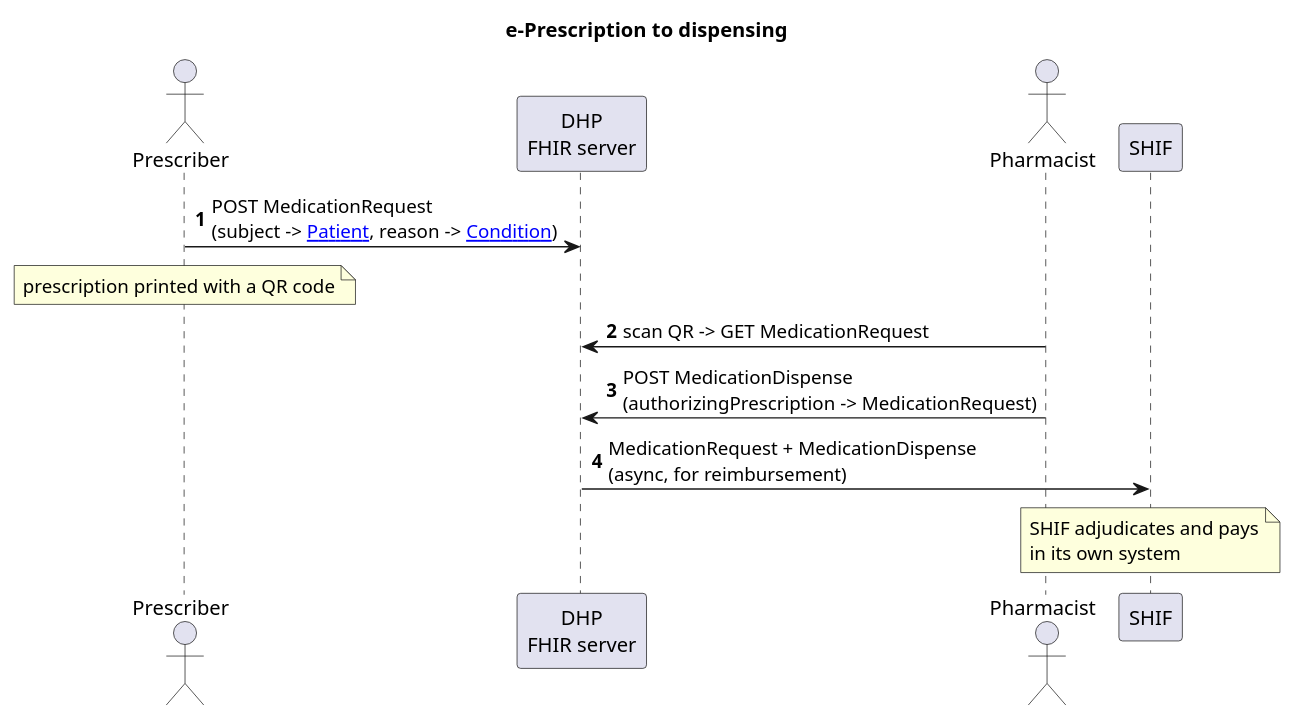
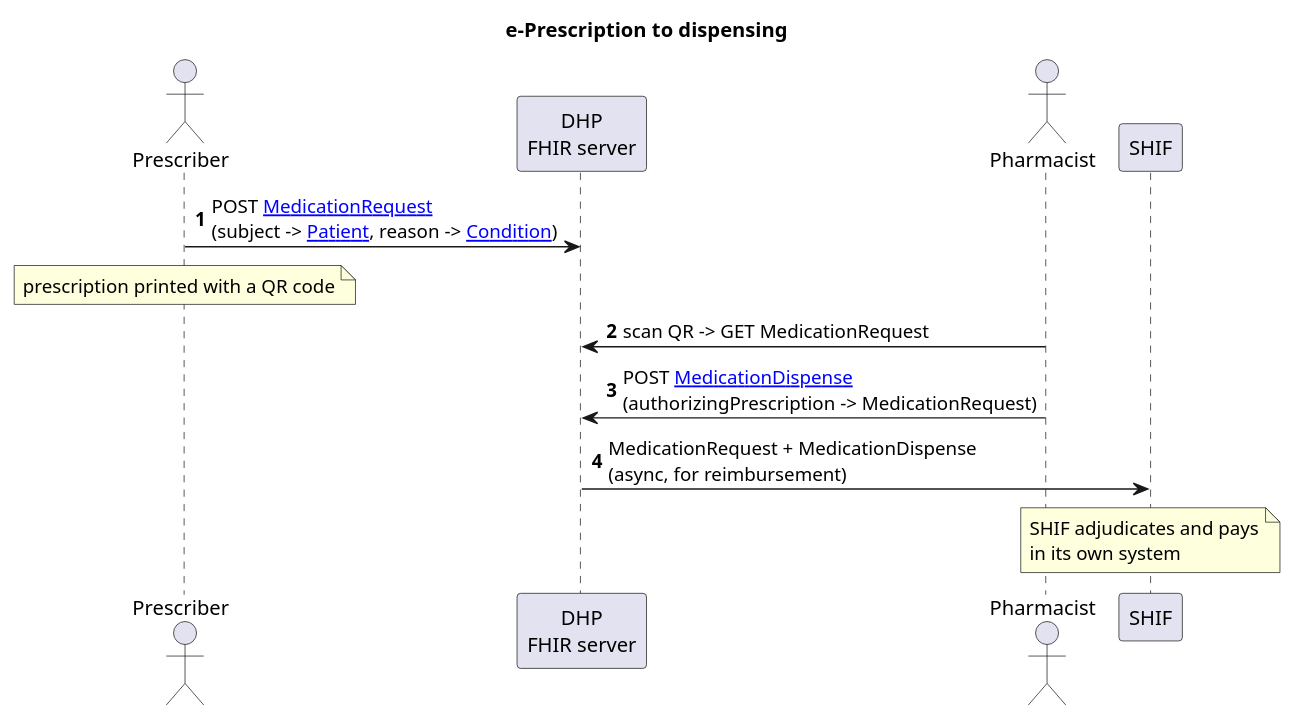
One commit to uzinfocom-org/digital-health-ig changed the diagram in input/images-source/prescription-sequence.plantuml. Above: the diagram before and after it, drawn with PlantUML. The commit also changed 8 other files, not shown here.

Commit message:
Link every resource's first mention in flow diagrams (#434)

```diff
--- a/input/images-source/prescription-sequence.plantuml
+++ b/input/images-source/prescription-sequence.plantuml
@@ -1,18 +1,18 @@
 @startuml prescription-sequence
 title e-Prescription to dispensing
 autonumber
 
 actor "Prescriber" as Doc
 participant "DHP\nFHIR server" as DHP
 actor "Pharmacist" as Pharm
 participant "SHIF" as SHIF
 
-Doc -> DHP : POST MedicationRequest\n(subject -> [[StructureDefinition-uz-core-patient.html Patient]], reason -> [[StructureDefinition-uz-core-condition.html Condition]])
+Doc -> DHP : POST [[StructureDefinition-uz-core-medicationrequest.html MedicationRequest]]\n(subject -> [[StructureDefinition-uz-core-patient.html Patient]], reason -> [[StructureDefinition-uz-core-condition.html Condition]])
 note over Doc : prescription printed with a QR code
 
 Pharm -> DHP : scan QR -> GET MedicationRequest
-Pharm -> DHP : POST MedicationDispense\n(authorizingPrescription -> MedicationRequest)
+Pharm -> DHP : POST [[StructureDefinition-uz-core-medication-dispense.html MedicationDispense]]\n(authorizingPrescription -> MedicationRequest)
 
 DHP -> SHIF : MedicationRequest + MedicationDispense\n(async, for reimbursement)
 note over SHIF : SHIF adjudicates and pays\nin its own system
 @enduml
```
